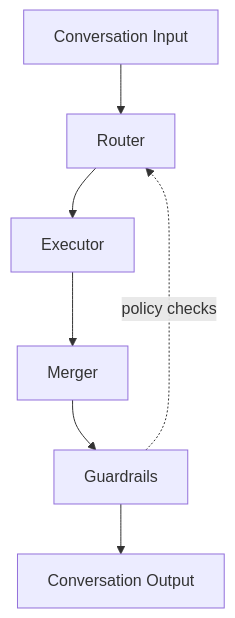
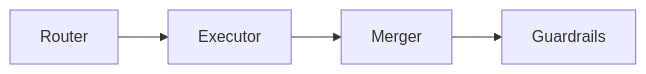
One commit to KallokTherok1994/TITANE_INFINITY changed the diagram in docs/diagrams/rendered/omega_pipeline_v2.md. Above: the diagram before and after it, drawn with Mermaid. The commit also changed 28 other files, not shown here.

Commit message:
docs(mermaid): canon diagrams + render sync + guards (online-first)

````diff
--- a/docs/diagrams/rendered/omega_pipeline_v2.md
+++ b/docs/diagrams/rendered/omega_pipeline_v2.md
@@ -12,16 +12,4 @@
 ```mermaid
-flowchart TD
-    IN[Conversation Input]
-    Router[Router]
-    Executor[Executor]
-    Merger[Merger]
-    Guardrails[Guardrails]
-    OUT[Conversation Output]
-
-    IN --> Router
-    Router --> Executor
-    Executor --> Merger
-    Merger --> Guardrails
-    Guardrails --> OUT
-    Guardrails -. policy checks .-> Router
+flowchart LR
+    R[Router] --> E[Executor] --> M[Merger] --> G[Guardrails]
 ```
````
